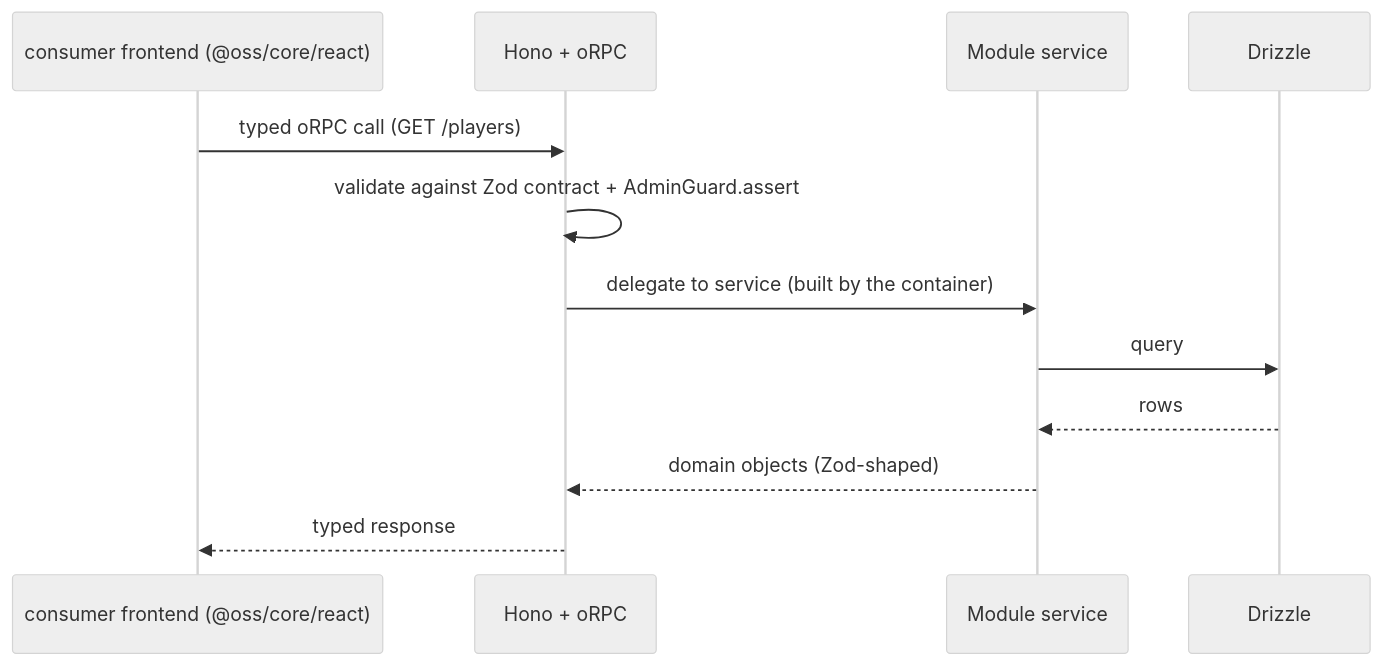
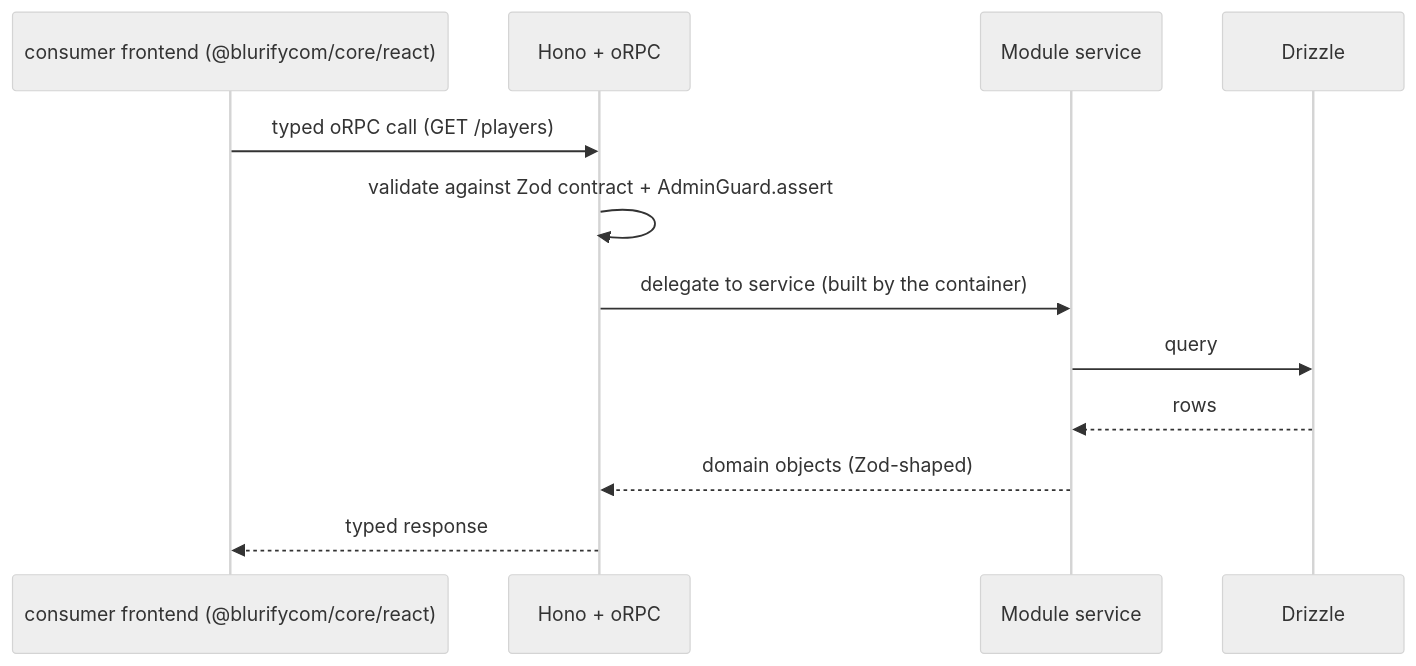
The second of 2 diagrams in docs/architecture.md (blurifycom/openora), drawn with Mermaid (neutral theme) before and after one commit. The commit also changed other lines of this file and 247 other files, not shown here.

First line of the commit message:
refactor: rename npm scope @oss/* -> @blurifycom/* for GitHub Packages

````diff
--- a/docs/architecture.md
+++ b/docs/architecture.md
@@ -133,15 +133,15 @@
 ```mermaid
 sequenceDiagram
-  participant UI as consumer frontend (@oss/core/react)
+  participant UI as consumer frontend (@blurifycom/core/react)
   participant API as Hono + oRPC
   participant Mod as Module service
   participant DB as Drizzle
 
   UI->>API: typed oRPC call (GET /players)
   API->>API: validate against Zod contract + AdminGuard.assert
   API->>Mod: delegate to service (built by the container)
   Mod->>DB: query
   DB-->>Mod: rows
   Mod-->>API: domain objects (Zod-shaped)
   API-->>UI: typed response
 ```
````
